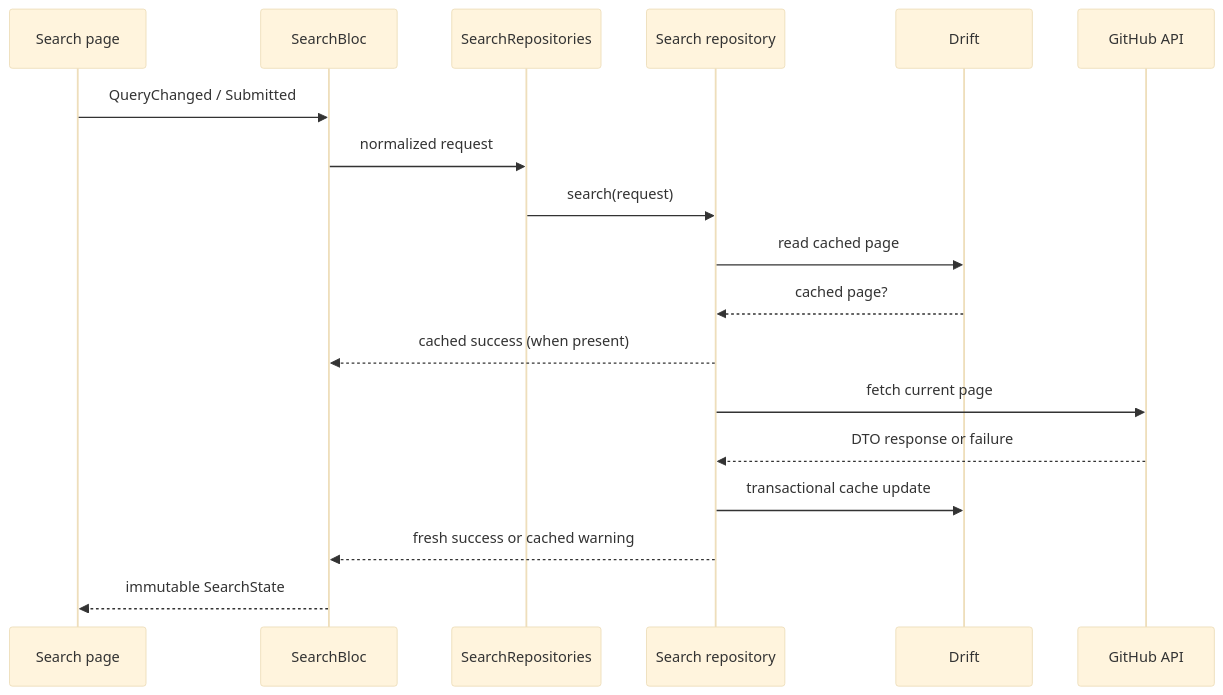
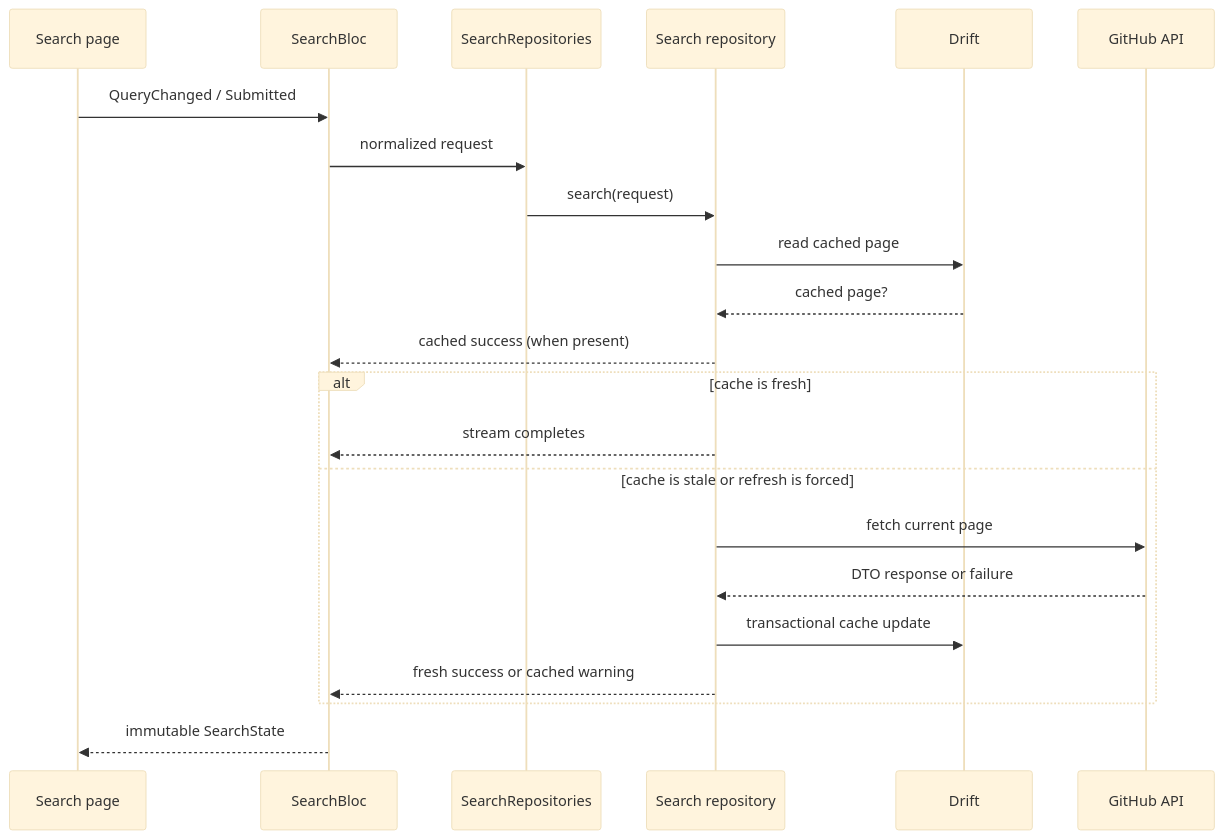
The diagram in docs/ARCHITECTURE.md (Xardas365/github_repository_explorer), drawn with Mermaid (base theme) before and after one commit. The commit also changed other lines of this file and 7 other files, not shown here.

````diff
--- a/docs/ARCHITECTURE.md
+++ b/docs/ARCHITECTURE.md
@@ -29,20 +29,24 @@
 ```mermaid
 sequenceDiagram
   participant UI as Search page
   participant B as SearchBloc
   participant U as SearchRepositories
   participant R as Search repository
   participant D as Drift
   participant G as GitHub API
   UI->>B: QueryChanged / Submitted
   B->>U: normalized request
   U->>R: search(request)
   R->>D: read cached page
   D-->>R: cached page?
   R-->>B: cached success (when present)
-  R->>G: fetch current page
-  G-->>R: DTO response or failure
-  R->>D: transactional cache update
-  R-->>B: fresh success or cached warning
+  alt cache is fresh
+    R-->>B: stream completes
+  else cache is stale or refresh is forced
+    R->>G: fetch current page
+    G-->>R: DTO response or failure
+    R->>D: transactional cache update
+    R-->>B: fresh success or cached warning
+  end
   B-->>UI: immutable SearchState
 ```
````
